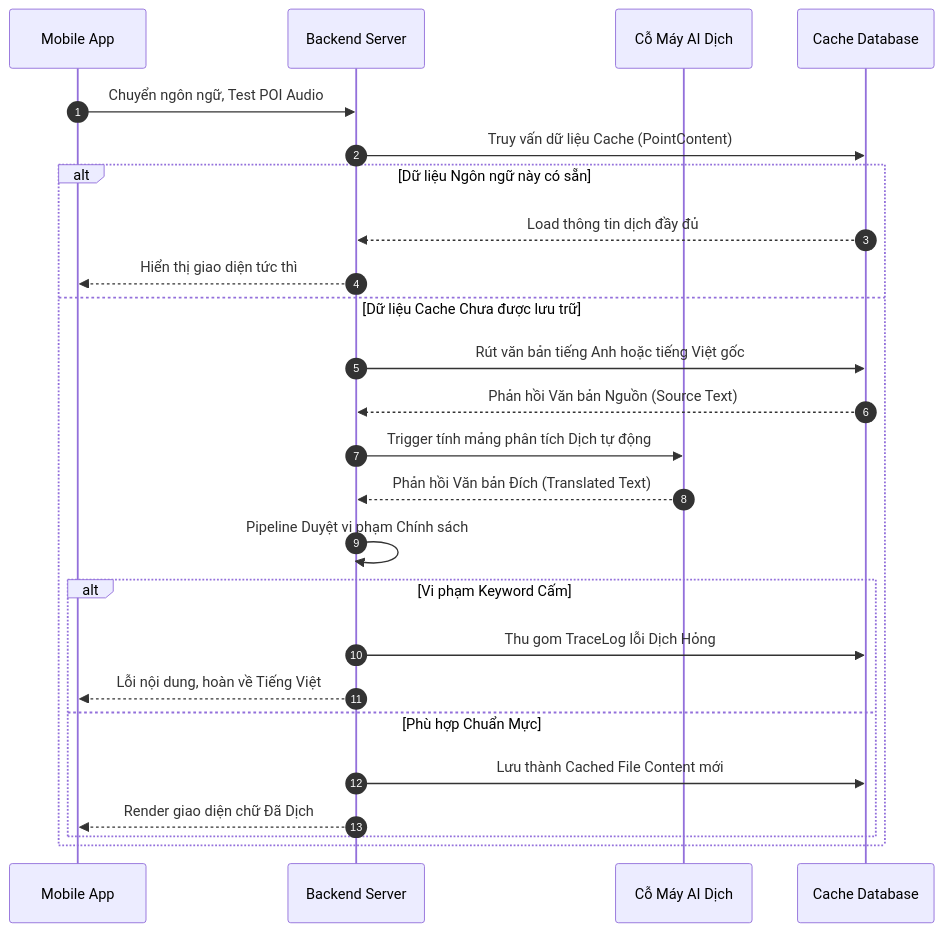
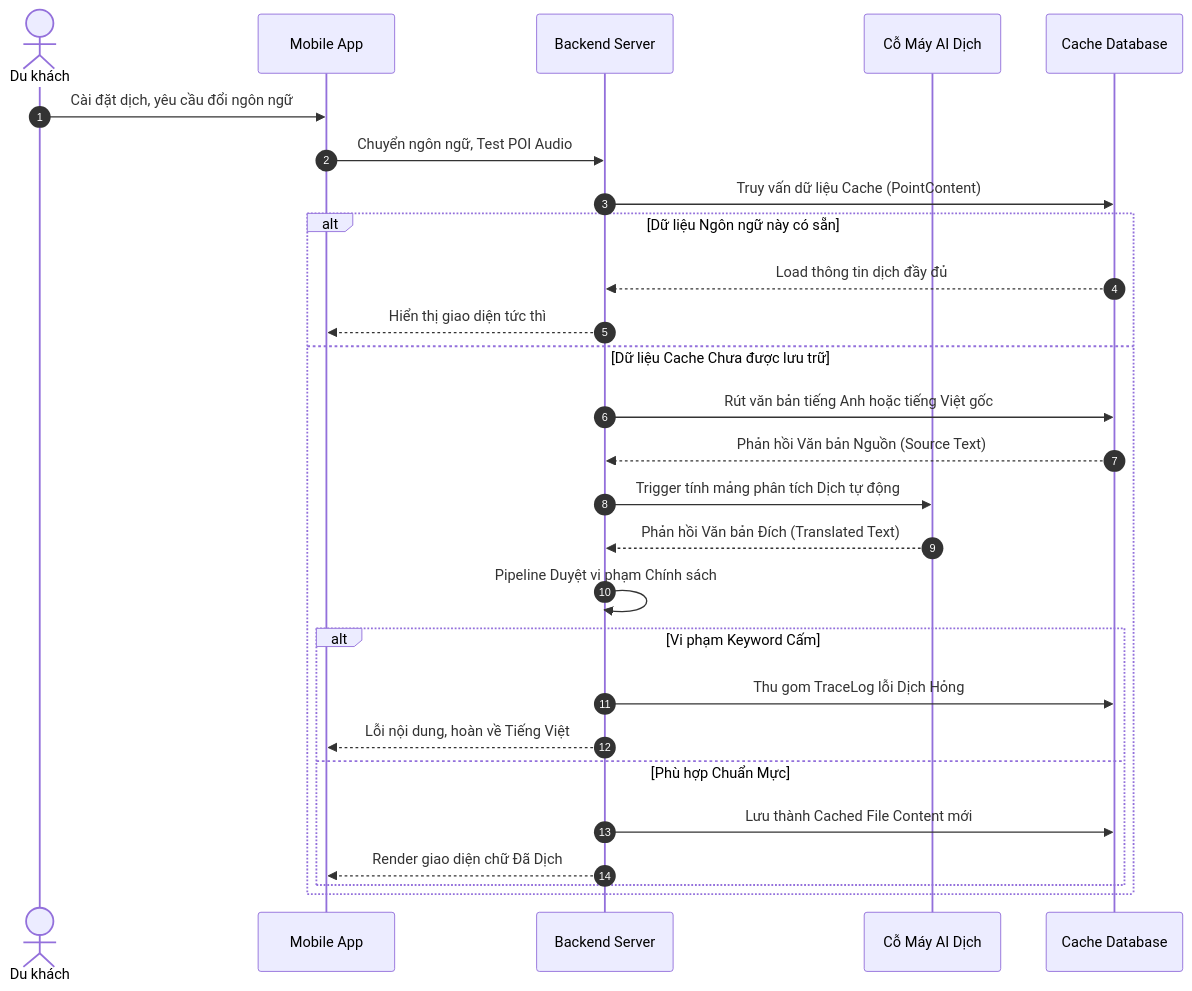
Before and after one commit to thphong2412/VinhKhanhFoodAPI: the eighth of 17 diagrams in PRD_VinhKhanh_Project_2026.md, drawn with Mermaid. The commit also changed other lines of this file, not shown here.

Commit message:
Update PRD: Remove map offline/tour, add User actor in diagram 9.6 and 9.7

````diff
--- a/PRD_VinhKhanh_Project_2026.md
+++ b/PRD_VinhKhanh_Project_2026.md
@@ -317,31 +316,33 @@
 ```mermaid
 sequenceDiagram
     autonumber
+    actor User as Du khách
     participant Client as Mobile App
     participant API as Backend Server
     participant AI as Cỗ Máy AI Dịch
     participant DB as Cache Database
 
+    User->>Client: Cài đặt dịch, yêu cầu đổi ngôn ngữ
     Client->>API: Chuyển ngôn ngữ, Test POI Audio
     API->>DB: Truy vấn dữ liệu Cache (PointContent)
     
     alt Dữ liệu Ngôn ngữ này có sẵn
         DB-->>API: Load thông tin dịch đầy đủ
         API-->>Client: Hiển thị giao diện tức thì
     else Dữ liệu Cache Chưa được lưu trữ
         API->>DB: Rút văn bản tiếng Anh hoặc tiếng Việt gốc
         DB-->>API: Phản hồi Văn bản Nguồn (Source Text)
         
         API->>AI: Trigger tính mảng phân tích Dịch tự động
         AI-->>API: Phản hồi Văn bản Đích (Translated Text)
         
         API->>API: Pipeline Duyệt vi phạm Chính sách
         alt Vi phạm Keyword Cấm
             API->>DB: Thu gom TraceLog lỗi Dịch Hỏng
             API-->>Client: Lỗi nội dung, hoàn về Tiếng Việt
         else Phù hợp Chuẩn Mực
             API->>DB: Lưu thành Cached File Content mới
             API-->>Client: Render giao diện chữ Đã Dịch
         end
     end
 ```
````
